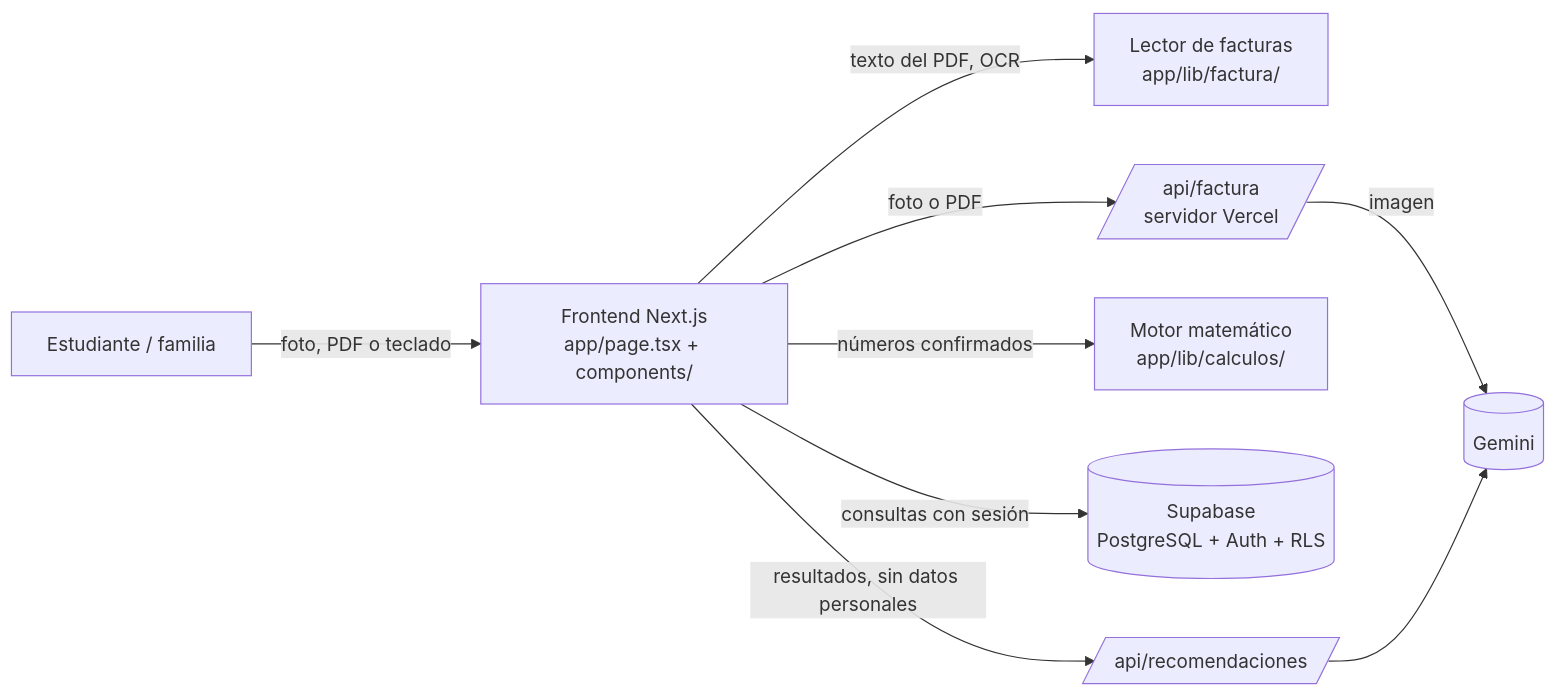
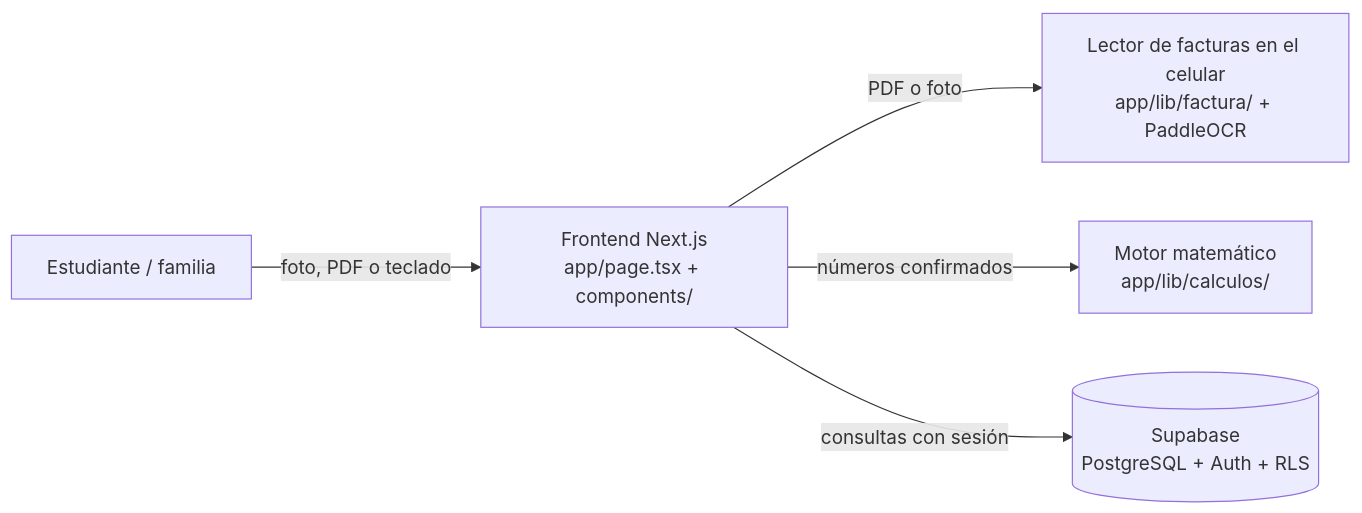
The diagram in docs/arquitectura.md (jhoandabit/ElectriCOS), drawn with Mermaid before and after one commit. The commit also changed other lines of this file and 10 other files, not shown here.

First line of the commit message:
fix(factura): días con ambos extremos, municipio limpio; docs sin IA en la nube

````diff
--- a/docs/arquitectura.md
+++ b/docs/arquitectura.md
@@ -7,11 +7,7 @@
 ```mermaid
 flowchart LR
   U[Estudiante / familia] -->|foto, PDF o teclado| F[Frontend Next.js<br/>app/page.tsx + components/]
-  F -->|texto del PDF, OCR| L[Lector de facturas<br/>app/lib/factura/]
-  F -->|foto o PDF| API1[/api/factura<br/>servidor Vercel/]
-  API1 -->|imagen| IA[(Gemini)]
+  F -->|PDF o foto| L[Lector de facturas en el celular<br/>app/lib/factura/ + PaddleOCR]
   F -->|números confirmados| M[Motor matemático<br/>app/lib/calculos/]
   F -->|consultas con sesión| S[(Supabase<br/>PostgreSQL + Auth + RLS)]
-  F -->|resultados, sin datos personales| API2[/api/recomendaciones/]
-  API2 --> IA
 ```
````
